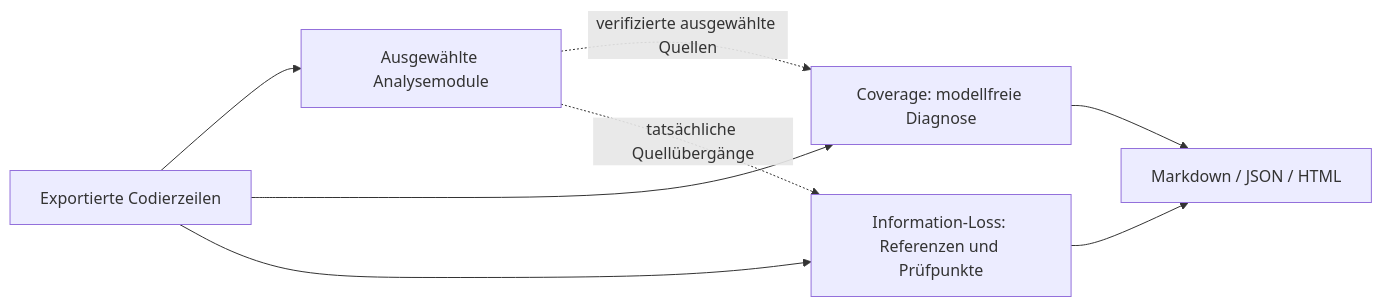
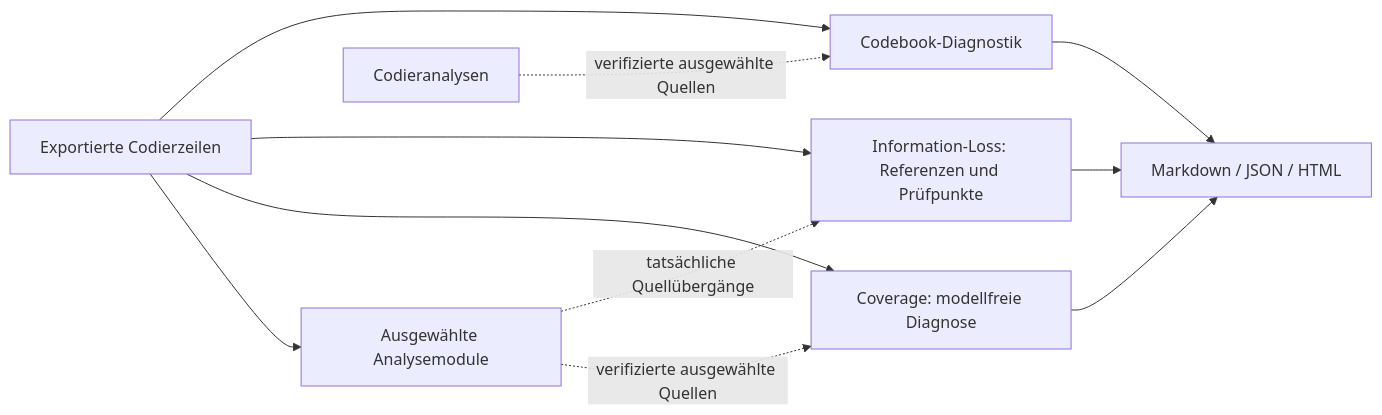
Before and after one commit to braendma/Qualitative-Analyse-mit-Ollama: the diagram in docs/README_WORKFLOW.md, drawn with Mermaid. The commit also changed other lines of this file and 23 other files, not shown here.

````diff
--- a/docs/README_WORKFLOW.md
+++ b/docs/README_WORKFLOW.md
@@ -8,10 +8,13 @@
 ```mermaid
 flowchart LR
   Input[Exportierte Codierzeilen] --> Analysen[Ausgewählte Analysemodule]
   Input --> Coverage[Coverage: modellfreie Diagnose]
   Analysen -. verifizierte ausgewählte Quellen .-> Coverage
   Analysen -. tatsächliche Quellübergänge .-> Audit[Information-Loss: Referenzen und Prüfpunkte]
   Input --> Audit
+  Input --> Codebook[Codebook-Diagnostik]
+  Codieranalysen -. verifizierte ausgewählte Quellen .-> Codebook
+  Codebook --> Bericht
   Audit --> Bericht
   Coverage --> Bericht[Markdown / JSON / HTML]
 ```
````
